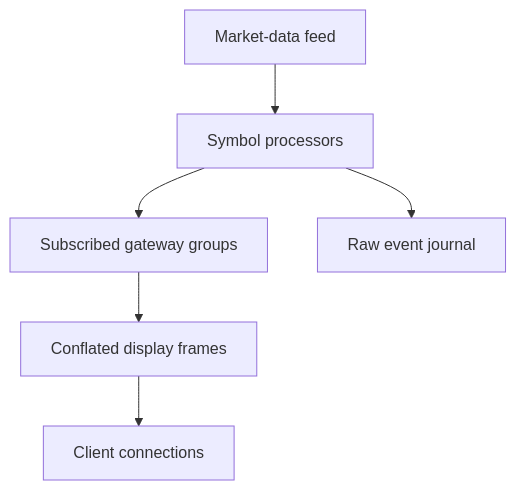
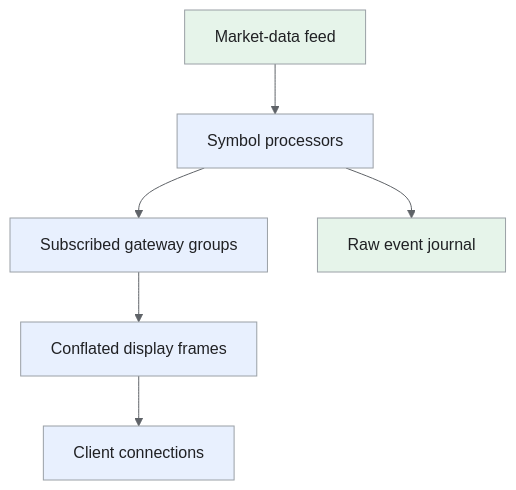
One commit to iliazlobin/iliazlobin.github.io changed the third of 4 diagrams in _designs/system-design-stock-trading-platform.md. Above: the diagram before and after it, drawn with Mermaid. The commit also changed other lines of this file and 25 other files, not shown here.

Commit message:
docs: explain Batch B design flows and tradeoffs

````diff
--- a/_designs/system-design-stock-trading-platform.md
+++ b/_designs/system-design-stock-trading-platform.md
@@ -227,8 +286,15 @@
 ```mermaid
+%%{init: {'theme':'base','themeVariables':{'primaryColor':'#e8f0fe','primaryTextColor':'#202124','primaryBorderColor':'#9aa0a6','lineColor':'#5f6368','secondaryColor':'#e6f4ea','tertiaryColor':'#fef7e0','actorBkg':'#e8f0fe','actorBorder':'#9aa0a6','actorTextColor':'#202124','noteBkgColor':'#fef7e0','noteTextColor':'#202124','noteBorderColor':'#9aa0a6','signalColor':'#5f6368','signalTextColor':'#202124','labelBoxBkgColor':'#fef7e0','labelBoxBorderColor':'#9aa0a6'}}}%%
 flowchart TB
   M["Market-data feed"] --> S["Symbol processors"]
   S --> G["Subscribed gateway groups"]
   G --> C["Conflated display frames"]
   C --> U["Client connections"]
   S --> J["Raw event journal"]
+classDef request fill:#e8f0fe,stroke:#9aa0a6,color:#202124;
+classDef data fill:#e6f4ea,stroke:#9aa0a6,color:#202124;
+classDef control fill:#fef7e0,stroke:#9aa0a6,color:#202124;
+class S,G,C,U request;
+class M,J data;
+
 ```
````
